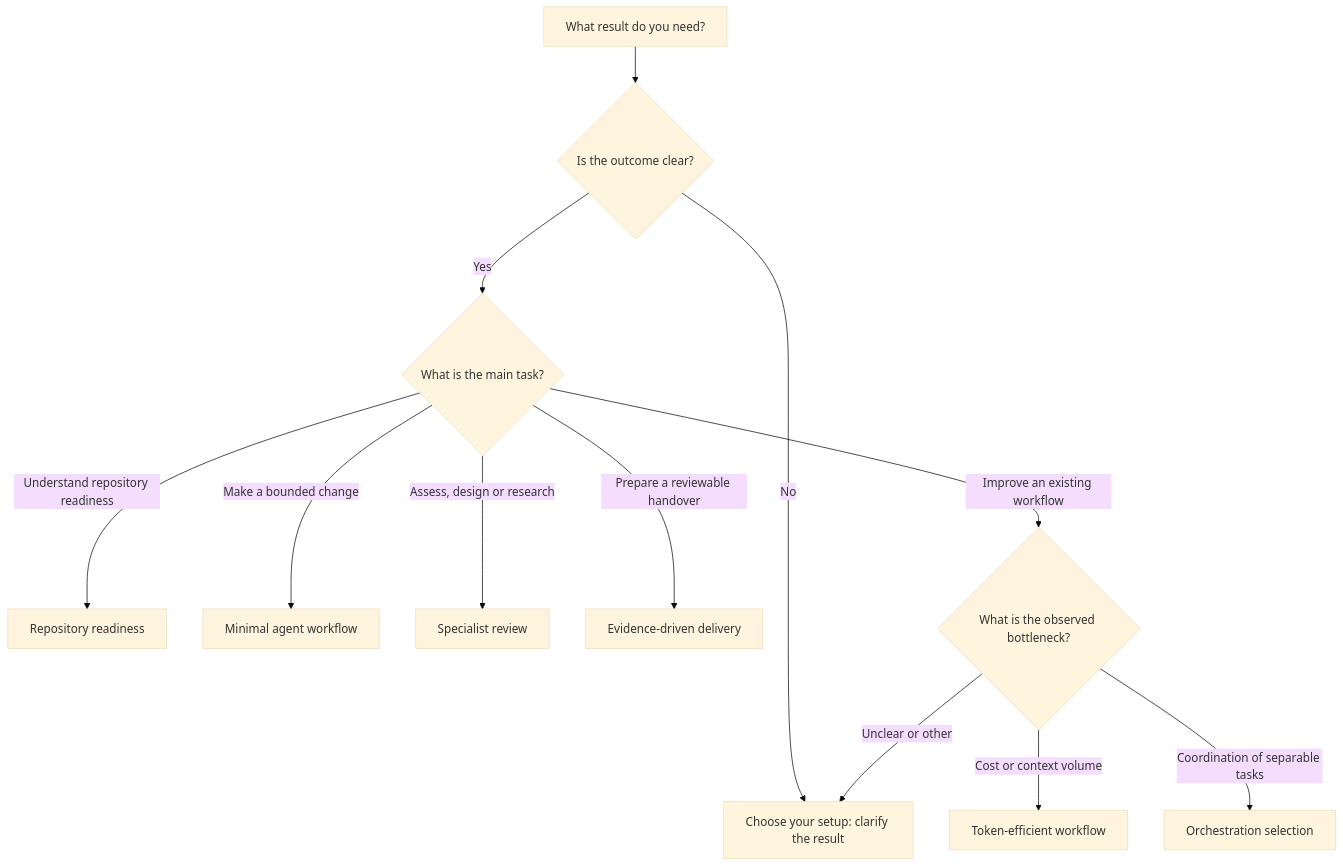
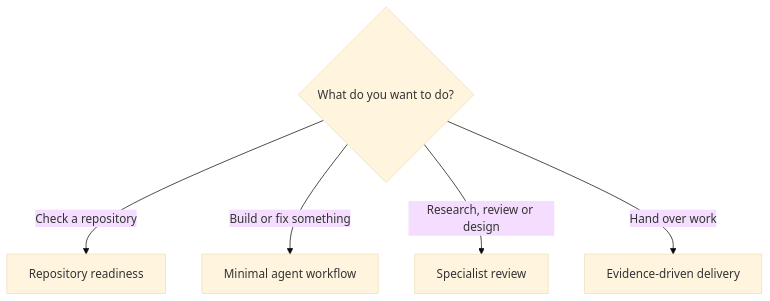
Before and after one commit to Team-Rockstars-IT/agent-skills: the diagram in docs/start-here.md, drawn with Mermaid (base theme). The commit also changed other lines of this file and 7 other files, not shown here.

Commit message:
Simplify selection to four tasks and a three-part agent recommendation

````diff
--- a/docs/start-here.md
+++ b/docs/start-here.md
@@ -25,14 +8,8 @@
 ```mermaid
 flowchart TD
-    A[What result do you need?] --> B{Is the outcome clear?}
-    B -->|No| C[Choose your setup: clarify the result]
-    B -->|Yes| D{What is the main task?}
-    D -->|Understand repository readiness| E[Repository readiness]
-    D -->|Make a bounded change| F[Minimal agent workflow]
-    D -->|Assess, design or research| G[Specialist review]
-    D -->|Prepare a reviewable handover| H[Evidence-driven delivery]
-    D -->|Improve an existing workflow| I{What is the observed bottleneck?}
-    I -->|Cost or context volume| J[Token-efficient workflow]
-    I -->|Coordination of separable tasks| K[Orchestration selection]
-    I -->|Unclear or other| C
+    A{What do you want to do?}
+    A -->|Check a repository| B[Repository readiness]
+    A -->|Build or fix something| C[Minimal agent workflow]
+    A -->|Research, review or design| D[Specialist review]
+    A -->|Hand over work| E[Evidence-driven delivery]
 ```
````
